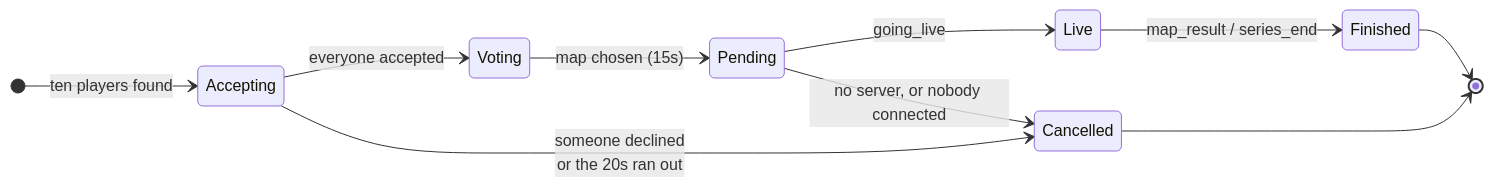
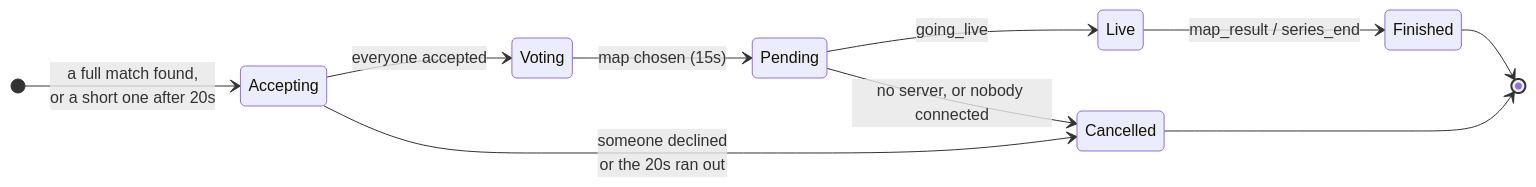
One commit to flickedgg/FLICKED changed the fifth of 9 diagrams in docs/ARCHITECTURE.md. Above: the diagram before and after it, drawn with Mermaid. The commit also changed 6 other files, not shown here.

First line of the commit message:
feat(backend): a match can start short-handed

````diff
--- a/docs/ARCHITECTURE.md
+++ b/docs/ARCHITECTURE.md
@@ -216,13 +216,13 @@
 ```mermaid
 stateDiagram-v2
     direction LR
-    [*] --> Accepting: ten players found
+    [*] --> Accepting: a full match found,<br/>or a short one after 20s
     Accepting --> Voting: everyone accepted
     Accepting --> Cancelled: someone declined<br/>or the 20s ran out
     Voting --> Pending: map chosen (15s)
     Pending --> Live: going_live
     Live --> Finished: map_result / series_end
     Pending --> Cancelled: no server, or nobody connected
     Finished --> [*]
     Cancelled --> [*]
 ```
````
